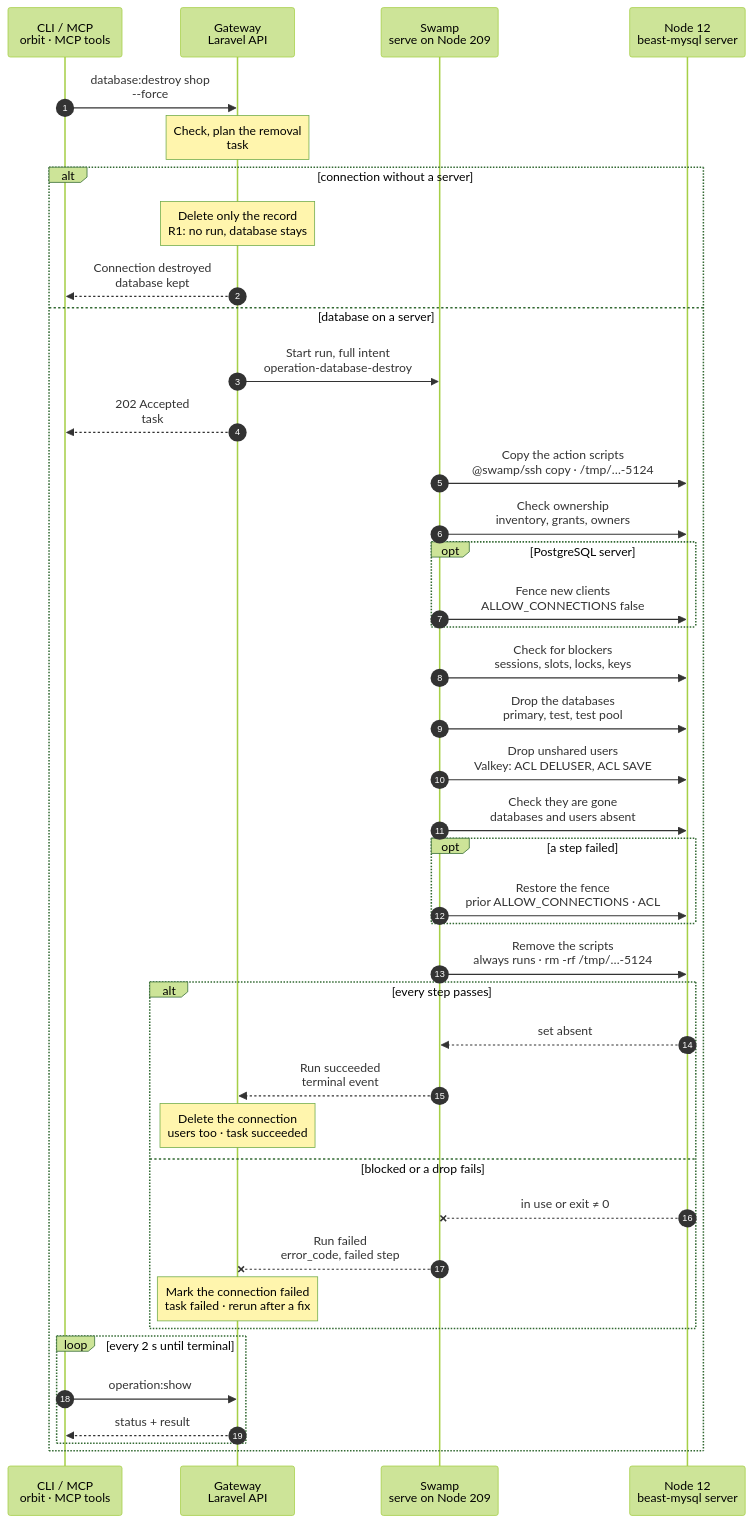
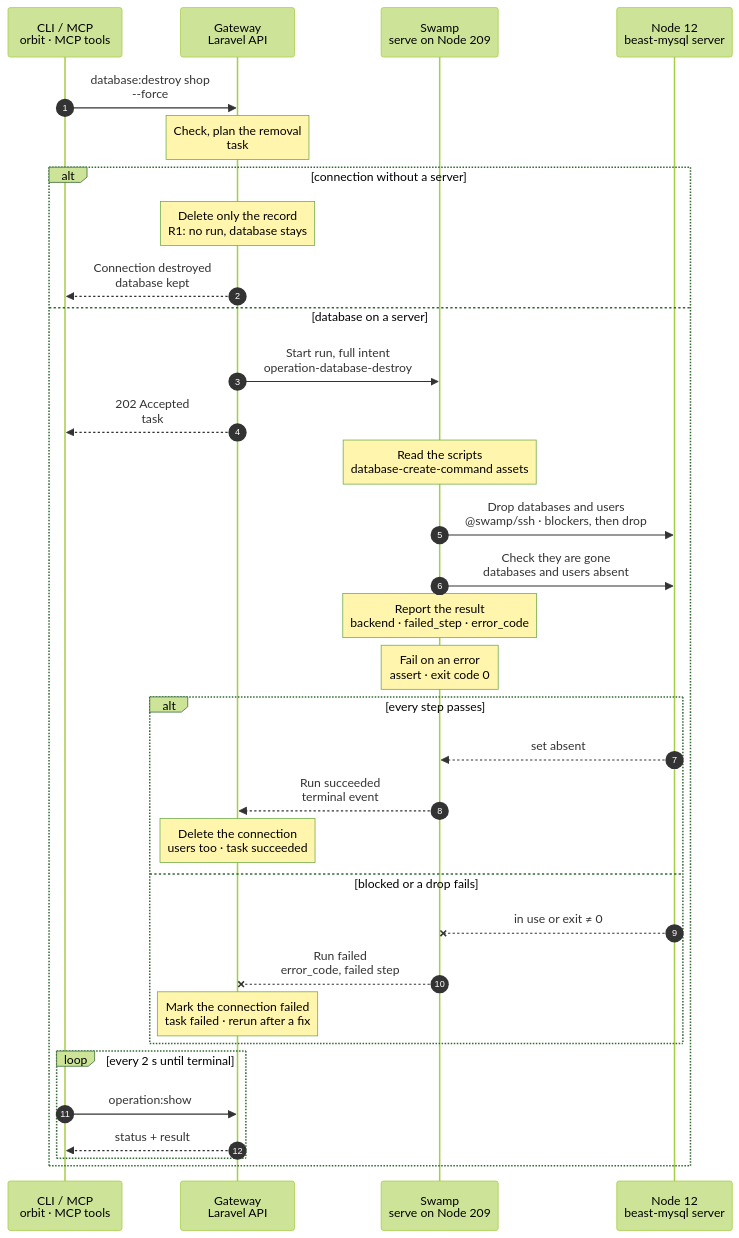
One commit to hardimpactdev/orbit changed the diagram in docs/flows/database.destroy.mmd. Above: the diagram before and after it, drawn with Mermaid (forest theme). The commit also changed 20 other files, not shown here.

First line of the commit message:
feat(databases): database:destroy in its tightened chart's two Node steps

```diff
--- a/docs/flows/database.destroy.mmd
+++ b/docs/flows/database.destroy.mmd
@@ -1,157 +1,128 @@
 sequenceDiagram
-  %% Target design: ADR 0244 task, DECISIONS R1-R4, 5 (swamp role SSH identity), round 2 bugs (server admin password by its own vault key, cleanup on pass or fail). docs/reference/database-servers.md#remove-a-database.
+  %% Target design: ADR 0244 task, DECISIONS R1-R4, 5 (swamp role SSH identity), round 2 bugs (server admin password by its own vault key), flow-tighten (rules 6, 22: no ownership probe or fence, scripts in argv). docs/reference/database-servers.md#remove-a-database.
   %% status: draft
   %% command: database:destroy
   autonumber
   %% lane CLI icon=terminal pill=caller tone=gray
   %% lane GW icon=gateway pill=intent tone=blue
   %% lane SW icon=workflow pill=executes tone=green
   %% lane N icon=server pill=target tone=amber
   participant CLI as CLI / MCP<br/>orbit · MCP tools
   participant GW as Gateway<br/>Laravel API
   participant SW as Swamp<br/>serve on Node 209
   participant N as Node 12<br/>beast-mysql server
   CLI->>GW: database:destroy shop<br/>--force
   %%> Command:
   %%> - `orbit database:destroy shop --force`
   %%> - syntax: `<slug> [--force] [--idempotency-key=KEY]`
   %%> Input:
   %%> - the connection slug, as `database:list` shows it
   %%> Confirmation:
   %%> - without `--force`, the CLI asks first; the default is No
   %%> - with `--json` or without a terminal, `--force` is required (`database.confirmation_required`)
   Note over GW: Check, plan the removal<br/>task #5124 · lock beast-mysql
   %%> Requirements:
   %%> - your Node has an access grant to Node 12
   %%> - no Instance attaches `shop` (`database.connection_attached`); detach with `instance:database:remove` first
   %%> - AI router setup and Analytics do not use it
   %%> - no database creation or other removal runs on `beast-mysql`; the Gateway holds one lock per Database server
   %%> Plans:
   %%> - the databases: `shop`, its test database and, on PostgreSQL, the recorded test pool
   %%> - the users Orbit created for `shop` that no other connection on the server uses
   %%> - system databases such as `mysql` or `postgres` are refused before any run
   %%> Decides:
   %%> - whether only the record goes, or the database must leave the server
   alt connection without a server
     Note over GW: Delete only the record<br/>R1: no run, database stays
     %%> When:
     %%> - a registered external database or SQLite file, or a Valkey connection that logs in as `default`
     %%> Result:
     %%> - connection `shop` is deleted
     %%> - the database itself stays where it is; Orbit never created it
     %%> - no Swamp run starts (R1)
     GW-->>CLI: Connection destroyed<br/>database kept
     %%> What you get:
     %%> - the final result at once; there is nothing to follow
   else database on a server
     GW->>SW: Start run, full intent<br/>operation-database-destroy
     %%> What it does:
     %%> - starts one Swamp run on serve (Node 209)
     %%> Inputs:
     %%> - the planned databases, test prefix, test pool and unshared users
     %%> - the vault key name `database-server-3-admin`; the admin password itself never enters the intent
     %%> - Node 12's address and SSH host keys; the SSH identity comes from the `swamp` role
     GW-->>CLI: 202 Accepted<br/>task #5124
     %%> What you get:
     %%> - the task number, at once
     %%> Next:
     %%> - the CLI follows the task with `operation:show`
-    SW->>N: Copy the action scripts<br/>@swamp/ssh copy · /tmp/…-5124
+    Note over SW: Read the scripts<br/>database-create-command assets
+    %%> What it does:
+    %%> - reads the shipped destroy phase module and its library on 209, to send them over SSH in argv
+    %%> - nothing is copied to Node 12, so nothing is left to clean up
+    SW->>N: Drop databases and users<br/>@swamp/ssh · blockers, then drop
     %%> How:
-    %%> - Swamp reaches Node 12 over SSH from 209 with the official `@swamp/ssh` behavior
-    %%> - the SSH identity is the one the `swamp` role owns, at its one role-defined place
-    %%> What it does:
-    %%> - copies the shipped action scripts into `/tmp/orbit-database-destroy-5124`
-    %%> - each later step reads the admin password with `vault.get` and passes it on standard input
-    SW->>N: Check ownership<br/>inventory, grants, owners
-    %%> What it does:
-    %%> - MySQL: lists every database that starts with the test prefix and checks the user's full grants
-    %%> - PostgreSQL: checks that the managed owner owns every planned database
-    %%> - Valkey: saves the planned ACL users, so a failed removal can put them back
-    %%> Refuses:
-    %%> - a database or user that is not Orbit's; nothing changes
-    opt PostgreSQL server
-      SW->>N: Fence new clients<br/>ALLOW_CONNECTIONS false
-      %%> What it does:
-      %%> - stops new clients from connecting to every planned database
-      %%> - journals each database's prior value in `orbit_admin.database_removal_fences`, in the same transaction
-      %%> Not included:
-      %%> - existing clients stay connected; Orbit never force-disconnects them
-    end
-    SW->>N: Check for blockers<br/>sessions, slots, locks, keys
-    %%> What it does:
-    %%> - checks the whole set before the first drop
+    %%> - Swamp reaches Node 12 over SSH from 209 with the official `@swamp/ssh` behavior and the `swamp` role's SSH identity
+    %%> - the script reads the admin password from the server's own vault key `database-server-3-admin` on standard input
+    %%> What it does, in order:
+    %%> - on MySQL, finds the test databases under the recorded test prefix
+    %%> - checks the whole set for blockers before the first drop
+    %%> - drops each planned database, then each planned user; a missing one counts as removed
     %%> Blocks:
     %%> - PostgreSQL: sessions, replication slots, prepared transactions, subscriptions, outside dependencies of a removed role
     %%> - MySQL: connected clients, metadata locks, outside definers, cross-schema foreign keys
     %%> Refuses:
     %%> - any blocker gives `database.in_use`; nothing is dropped
-    SW->>N: Drop the databases<br/>primary, test, test pool
-    %%> What it does:
-    %%> - drops each planned database; a missing one counts as removed
     %%> Per driver:
-    %%> - Valkey: no database; the user's keys stay
-    SW->>N: Drop unshared users<br/>Valkey: ACL DELUSER, ACL SAVE
-    %%> What it does:
-    %%> - drops each planned user that no other connection on `beast-mysql` uses
-    %%> - Valkey: deletes the ACL user, then saves the ACL file
+    %%> - Valkey: no database; `ACL DELUSER` for each user, then `ACL SAVE`; the user's keys stay
+    %%> Not included:
+    %%> - no ownership probe and no connection fence (flow-tighten rule 22); a client that connects between the check and the drop is cut off
     SW->>N: Check they are gone<br/>databases and users absent
     %%> What it does:
     %%> - checks that no planned database or user is left on the server
     %%> Why:
     %%> - the removal only counts when the server shows it
-    opt a step failed
-      SW->>N: Restore the fence<br/>prior ALLOW_CONNECTIONS · ACL
-      %%> When:
-      %%> - only after a failed step, and only when the run fenced PostgreSQL databases or saved Valkey users
-      %%> What it does:
-      %%> - PostgreSQL: gives each surviving database its exact prior value from the journal
-      %%> - Valkey: puts back the saved ACL users and saves the file
-      %%> If it fails:
-      %%> - the journal stays; the next `database:destroy` restores or finishes
-    end
-    SW->>N: Remove the scripts<br/>always runs · rm -rf /tmp/…-5124
-    %%> When:
-    %%> - always, as the last Node step, whether the steps above passed or failed
+    Note over SW: Report the result<br/>backend · failed_step · error_code
     %%> What it does:
-    %%> - removes `/tmp/orbit-database-destroy-5124`, so no scripts stay on Node 12
-    %%> If it fails:
-    %%> - the task result does not change; the directory holds no secrets
+    %%> - maps the first failed step to its error code, for example `database.in_use`
+    Note over SW: Fail on an error<br/>assert · exit code 0
+    %%> What it does:
+    %%> - fails the run when the report holds an `error_code`, so the task fails with that code
     alt every step passes
       N-->>SW: set absent
       %%> Returns:
       %%> - the check passed for every database and user
       SW-->>GW: Run succeeded<br/>terminal event
       %%> How the Gateway learns it:
       %%> - its shared run reader sees the terminal event; Swamp never calls the Gateway
       Note over GW: Delete the connection<br/>users too · task succeeded
       %%> Result:
       %%> - connection `shop` and its recorded users are deleted
       %%> - task #5124 succeeds
     else blocked or a drop fails
       N--xSW: in use or exit ≠ 0
       %%> When:
       %%> - a blocker, an ownership refusal, a failed drop, or a lost SSH connection
       SW--xGW: Run failed<br/>error_code, failed step
       %%> The Gateway reads:
       %%> - which step failed and its error code, for example `database.in_use`
       Note over GW: Mark the connection failed<br/>task failed · rerun after a fix
       %%> Result:
       %%> - connection `shop` stays, marked failed, with its users and attachments
       %%> - task #5124 fails
       %%> On the Node:
       %%> - after a blocker, nothing was dropped
       %%> - after a failed drop, the dropped objects stay gone; there is no rollback
       %%> Retry:
       %%> - stop the clients or remove the blockers, then run the same command again
       %%> - a rerun repeats the checks and counts missing objects as removed
     end
     loop every 2 s until terminal
       CLI->>GW: operation:show #5124
       %%> What it does:
       %%> - asks for the task's status every 2 seconds until it has ended
       GW-->>CLI: status + result
       %%> Returns:
       %%> - the current status, and the result once the task has ended
     end
   end
```
